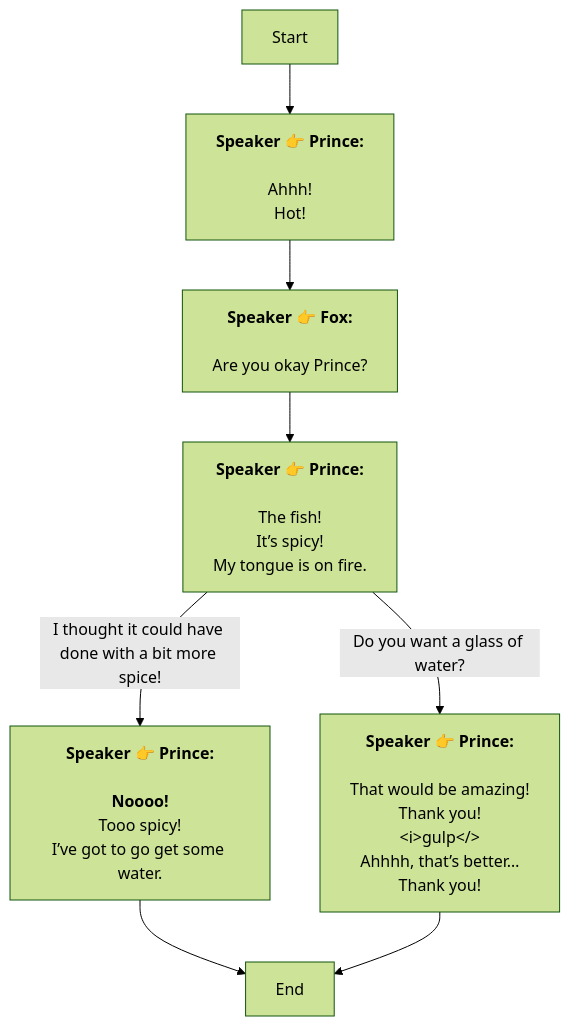
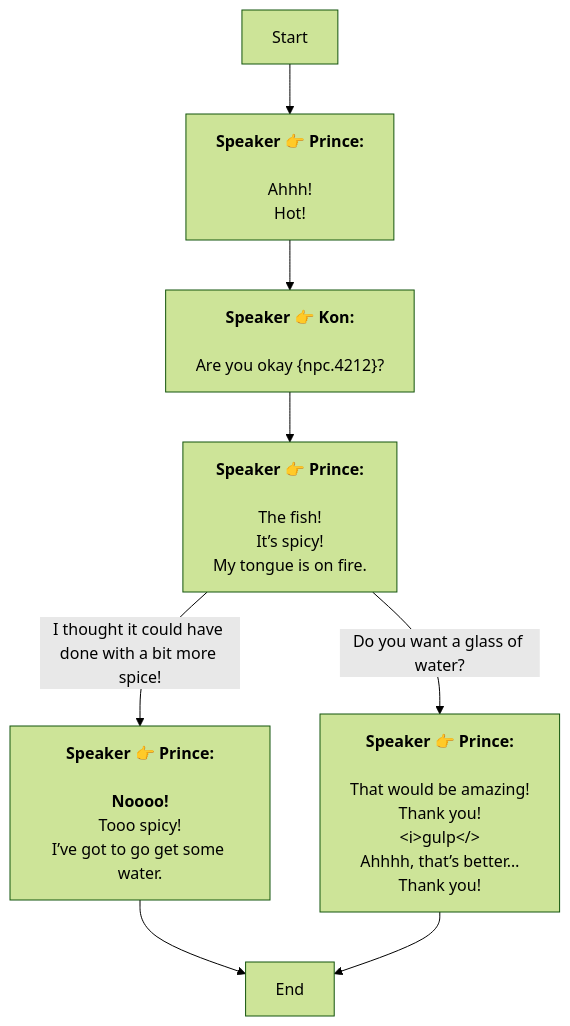
One commit to SoftHu/tos_avg changed the diagram in Zh/Dialog_55526211405479.md. Above: the diagram before and after it, drawn with Mermaid (forest theme). The commit also changed 730 other files, not shown here.

````diff
--- a/Zh/Dialog_55526211405479.md
+++ b/Zh/Dialog_55526211405479.md
@@ -1,23 +1,23 @@
 ```mermaid
 graph
 Start -->1776838793445378[<b>Speaker 👉 Prince:</b>
 \nAhhh!
 Hot!]
-1776838793445378 -->1776838806606852[<b>Speaker 👉 Fox:</b>
-\nAre you okay Prince?]
+1776838793445378 -->1776838806606852[<b>Speaker 👉 Kon:</b>
+\nAre you okay &lbrace;npc.4212&rbrace;?]
 1776838806606852 -->1776838818433030[<b>Speaker 👉 Prince:</b>
 \nThe fish!
 It’s spicy!
 My tongue is on fire.]
 1776838818433030 -->|Do you want a glass of water?|1776838910818328[<b>Speaker 👉 Prince:</b>
 \nThat would be amazing!
 Thank you!\n&lt;i&gt;gulp&lt;/&gt;
 Ahhhh, that’s better…
 Thank you!]
 1776838818433030 -->|I thought it could have done with a bit more spice!|1776838872725524[<b>Speaker 👉 Prince:</b>
 \n<b>Noooo!</b>
 Tooo spicy!\nI’ve got to go get some water.]
 1776838872725524 -->1776838791395329[End]
 1776838910818328 -->1776838791395329[End]
 
 ```
````
